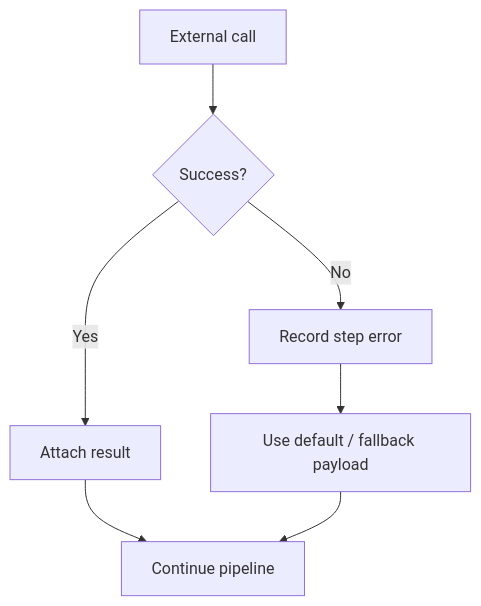
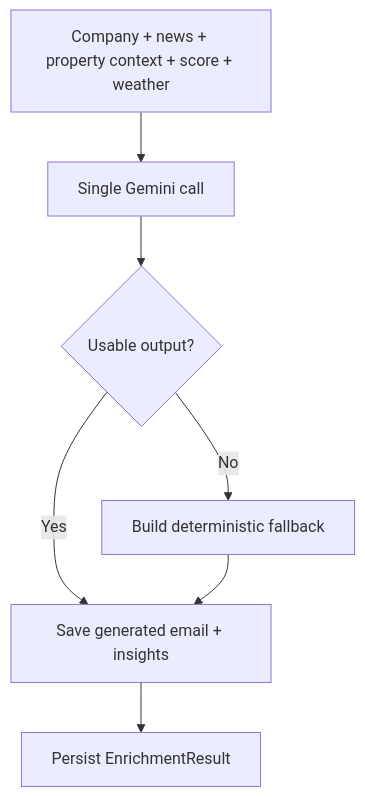
The sixth of 6 diagrams in README.md (Kohralle/Property-Management-Lead-Enricher), drawn with Mermaid before and after one commit. The commit also changed other lines of this file and 6 other files, not shown here.

First line of the commit message:
Simplify email pipeline, fix scoring display, update README

````diff
--- a/README.md
+++ b/README.md
@@ -201,9 +139,9 @@
 ```mermaid
 flowchart TD
-    A[External call] --> B{Success?}
-    B -- Yes --> C[Attach result]
-    B -- No --> D[Record step error]
-    D --> E[Use default / fallback payload]
-    C --> F[Continue pipeline]
-    E --> F
+    A[Company + news + property context + score + weather] --> B[Single Gemini call]
+    B --> C{Usable output?}
+    C -- Yes --> D[Save generated email + insights]
+    C -- No --> E[Build deterministic fallback]
+    E --> D
+    D --> F[Persist EnrichmentResult]
 ```
````
